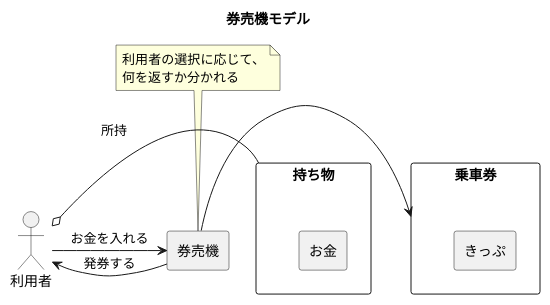
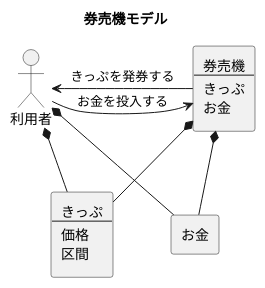
The diagram in modeling.puml (naokiur/domain-modeling), drawn with PlantUML before and after one commit. The commit also changed 3 other files, not shown here.

```diff
--- a/modeling.puml
+++ b/modeling.puml
@@ -1,44 +1,32 @@
 @startuml
 
 title "券売機モデル"
 
 
 actor "利用者" as user
 
-agent "券売機" as kenbaiki
+agent kenbaiki as "
+券売機
+--
+きっぷ
+お金
+"
+agent ticket as "
+きっぷ
+--
+価格
+区間
+"
+agent "お金" as money
 
-rectangle "持ち物" {
-    ' agent "ICカード" as ic
-    agent "お金" as money
-}
+user -right---> kenbaiki : お金を投入する
+' user -right---> money : 所持
+kenbaiki -left-> user : きっぷを発券する
 
-user o-left- 持ち物 : 所持
-
-rectangle "乗車券" {
-
-    agent "きっぷ" as kippu
-
-'    agent "定期券" as teiki
-
-}
-
-' rectangle "ICカード" {
-'     agent "交通系電子マネー" as denshi
-' }
-
-' user --> kenbaiki : ICカードとお金を入れる
-user -right---> kenbaiki : お金を入れる
-kenbaiki -left-> user : 発券する
-kenbaiki -left-> 乗車券
-' kenbaiki --> denshi
-
-note top of kenbaiki
-利用者の選択に応じて、
-何を返すか分かれる
-end note
-
-' きっぷ --> user : 返す
-' ICカード -right-> ic : チャージして返す
+user *-- money
+kenbaiki *-- money
+user *-- ticket
+kenbaiki *-- ticket
 
 
 @enduml
```
